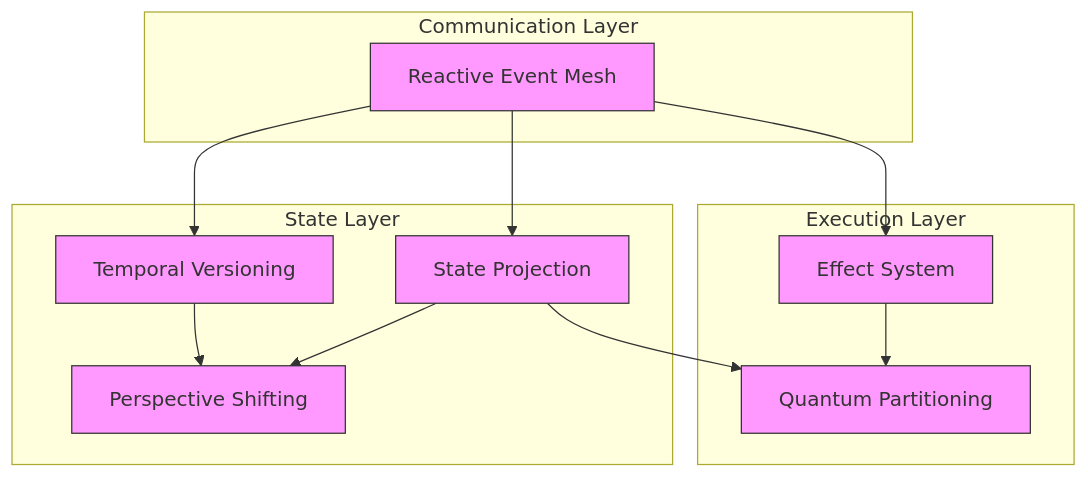
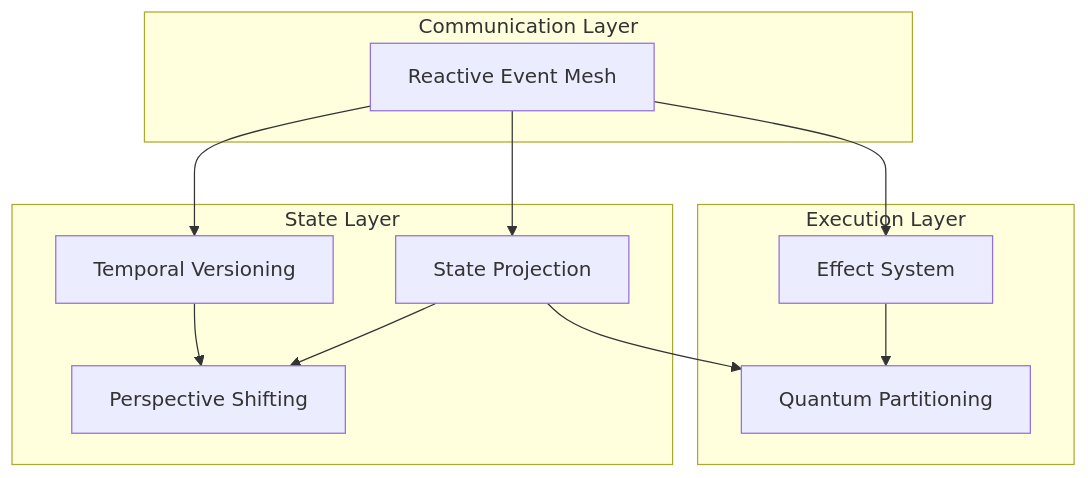
Before and after one commit to inherent-design/atlas: the first of 2 diagrams in docs/project-management/planning/nerv/patterns/index.md, drawn with Mermaid. The commit also changed other lines of this file and 7 other files, not shown here.

First line of the commit message:
refactor: remove inline styling from mermaid diagrams

````diff
--- a/docs/project-management/planning/nerv/patterns/index.md
+++ b/docs/project-management/planning/nerv/patterns/index.md
@@ -47,30 +47,27 @@
 ```mermaid
 graph TD
     ReactiveEventMesh[Reactive Event Mesh] --> TemporalVersioning[Temporal Versioning]
     ReactiveEventMesh --> StateProjection[State Projection]
     ReactiveEventMesh --> EffectSystem[Effect System]
 
     TemporalVersioning --> PerspectiveShifting[Perspective Shifting]
     StateProjection --> PerspectiveShifting
 
     EffectSystem --> QuantumPartitioning[Quantum Partitioning]
     StateProjection --> QuantumPartitioning
 
     subgraph "Communication Layer"
         ReactiveEventMesh
     end
 
     subgraph "State Layer"
         TemporalVersioning
         StateProjection
         PerspectiveShifting
     end
 
     subgraph "Execution Layer"
         EffectSystem
         QuantumPartitioning
     end
-
-    class ReactiveEventMesh,TemporalVersioning,StateProjection,PerspectiveShifting,EffectSystem,QuantumPartitioning pattern
-    classDef pattern fill:#f9f,stroke:#333,stroke-width:1px
 ```
````
